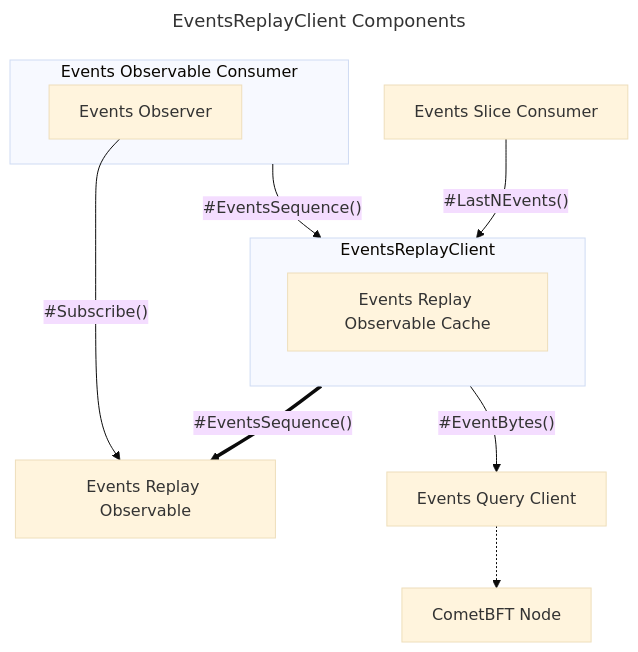
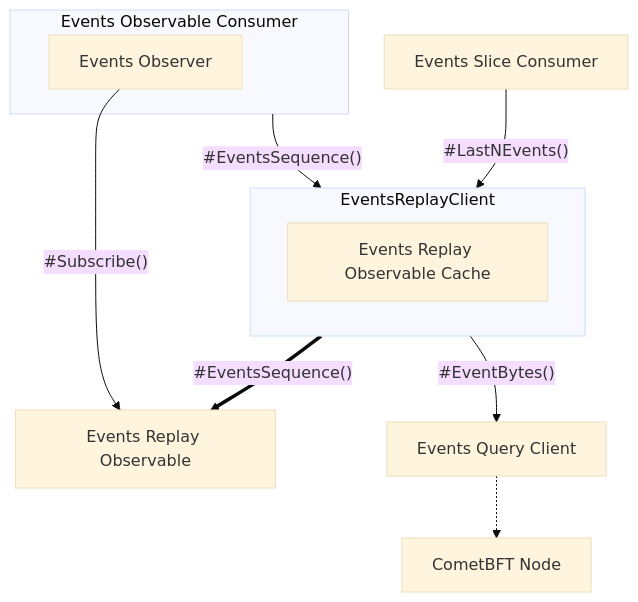
The third of 4 diagrams in docusaurus/docs/packages/pkg/client/events.md (pokt-network/poktroll), drawn with Mermaid (base theme) before and after one commit. The commit also changed other lines of this file and 2 other files, not shown here.

Commit message:
docs: consistent diagram formatting/treatment

````diff
--- a/docusaurus/docs/packages/pkg/client/events.md
+++ b/docusaurus/docs/packages/pkg/client/events.md
@@ -115,32 +108,28 @@
 ```mermaid
----
-title: EventsReplayClient Components
----
-
 flowchart
     slice_cons[Events Slice Consumer]
 
     subgraph obs_cons[Events Observable Consumer]
         evt_obs[Events Observer]
     end
 
     subgraph erc[EventsReplayClient]
         cache[Events Replay Observable Cache]
     end
 
     chain[CometBFT Node]
 
     evt_re_obs[Events Replay Observable]
 
     eqc[Events Query Client]
 
 
     slice_cons --"#LastNEvents()"--> erc
     obs_cons --"#EventsSequence()"--> erc
     erc =="#EventsSequence()"==> evt_re_obs
     evt_obs --"#Subscribe()"--> evt_re_obs
 
     erc --"#EventBytes()"--> eqc
 
     eqc -.-> chain
 ```
````
